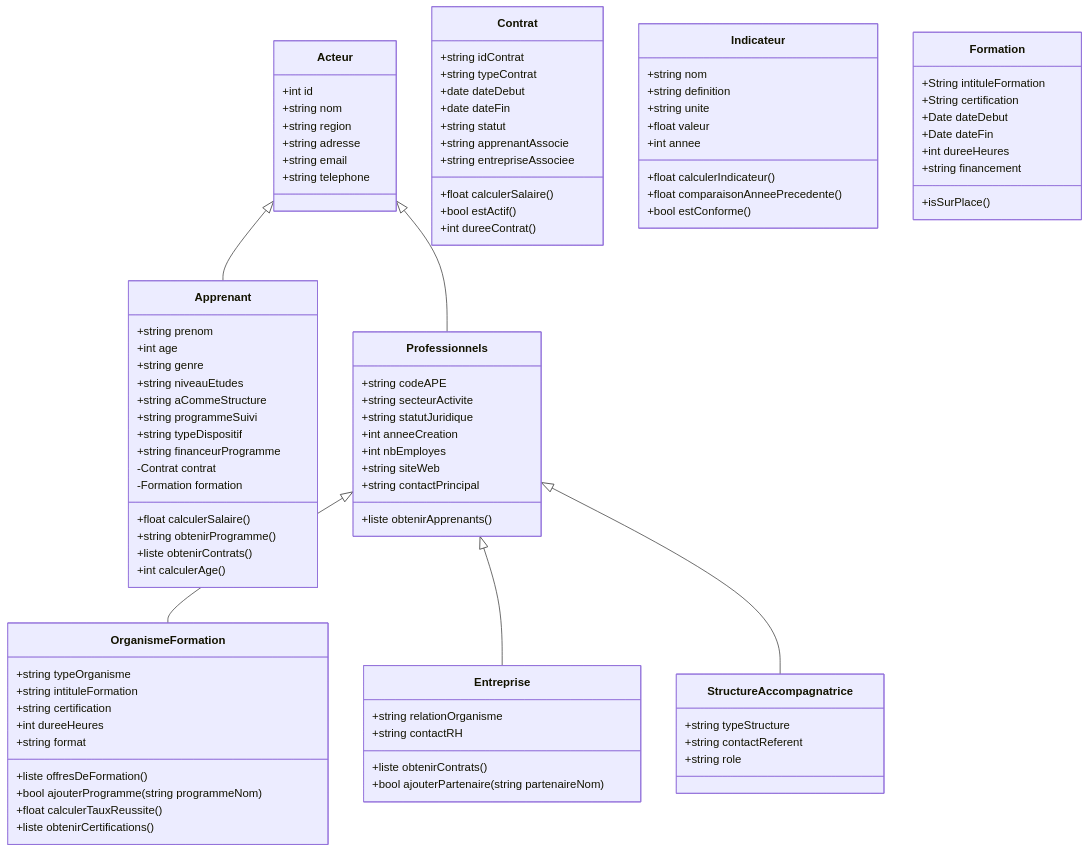
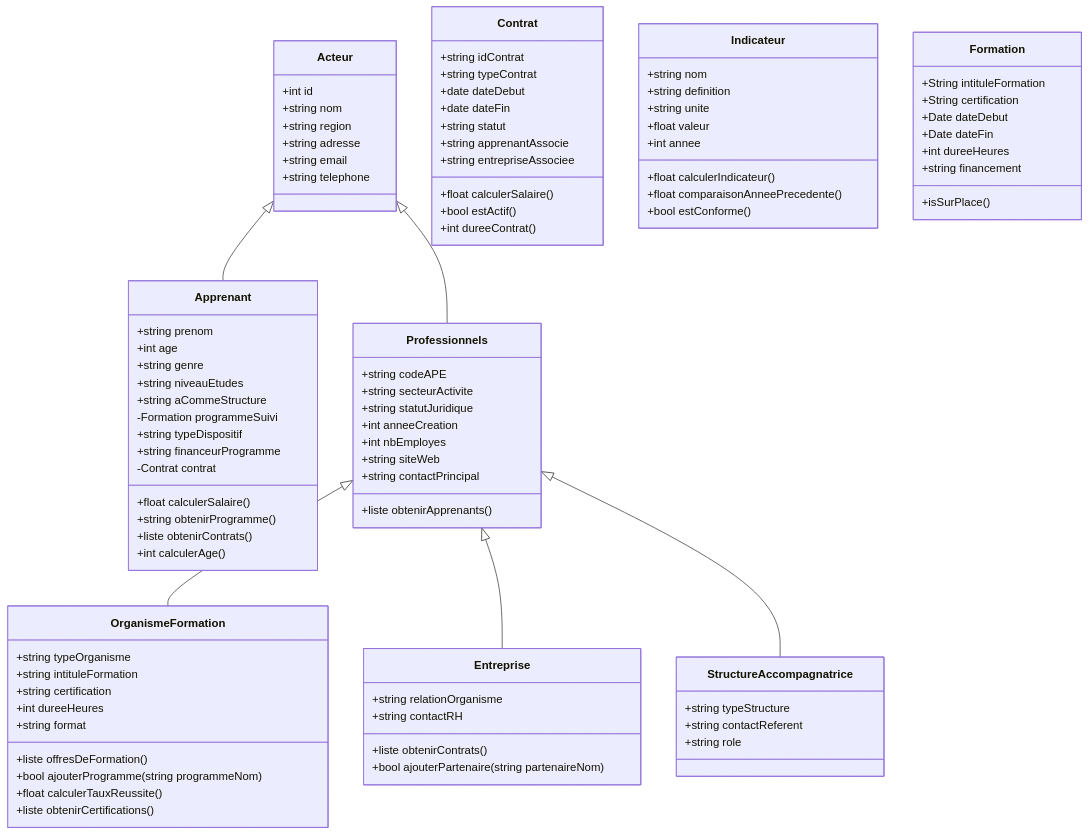
One commit to bouzidifatimazohra00-ux/inclusion-numerique-93 changed the diagram in acteurs.md. Above: the diagram before and after it, drawn with Mermaid.

```diff
--- a/acteurs.md
+++ b/acteurs.md
@@ -34,11 +34,10 @@
   +string genre
   +string niveauEtudes
   +string aCommeStructure
-  +string programmeSuivi       
+  -Formation programmeSuivi       
   +string typeDispositif       
   +string financeurProgramme
   -Contrat contrat
-  -Formation formation  
   +float calculerSalaire()
   +string obtenirProgramme()
   +liste obtenirContrats()
```
